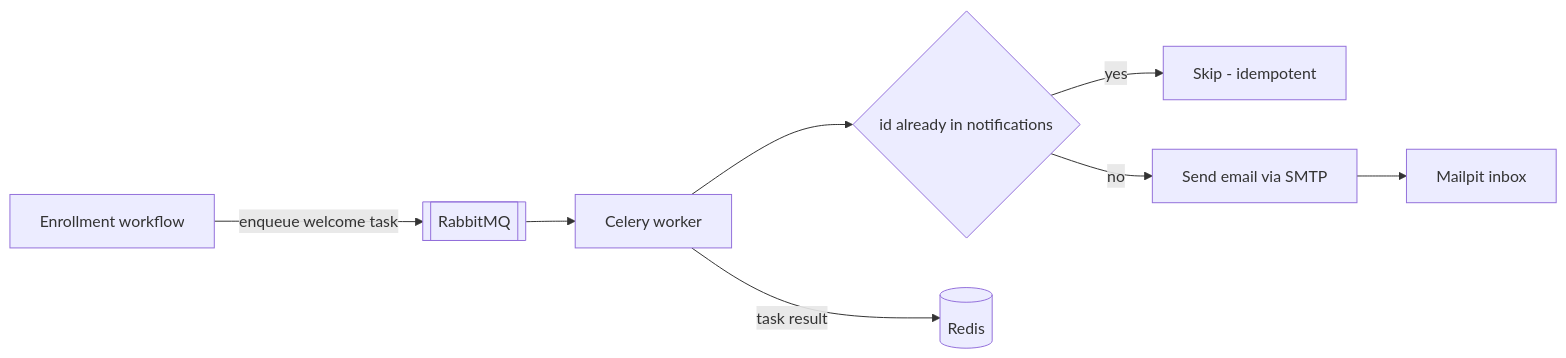
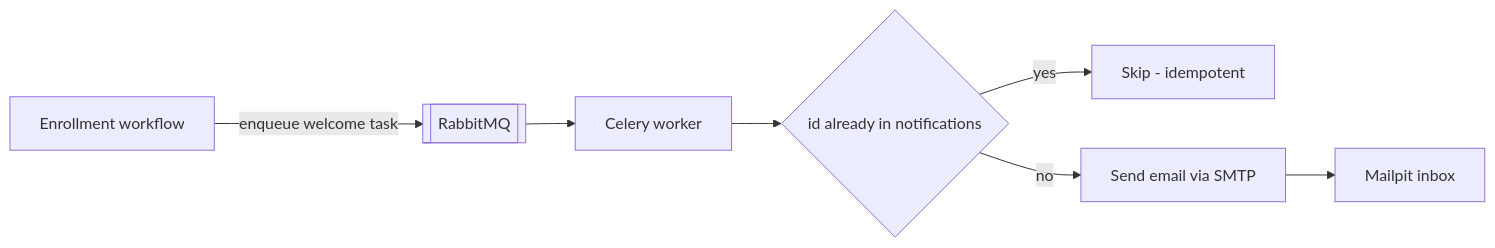
Before and after one commit to moattarrana/SmartCourse: the ninth of 16 diagrams in docs/system-design (8).md, drawn with Mermaid.

Commit message:
Update system-design (8).md

````diff
--- a/docs/system-design (8).md
+++ b/docs/system-design (8).md
@@ -560,10 +560,10 @@
 ```mermaid
 flowchart LR
     WF[Enrollment workflow] -->|enqueue welcome task| RMQ[[RabbitMQ]]
     RMQ --> CW[Celery worker]
     CW --> CLAIM{id already in notifications}
     CLAIM -->|yes| STOP[Skip - idempotent]
     CLAIM -->|no| SEND[Send email via SMTP]
     SEND --> MP[Mailpit inbox]
-    CW -->|task result| RED[(Redis)]
+    
 ```
````
